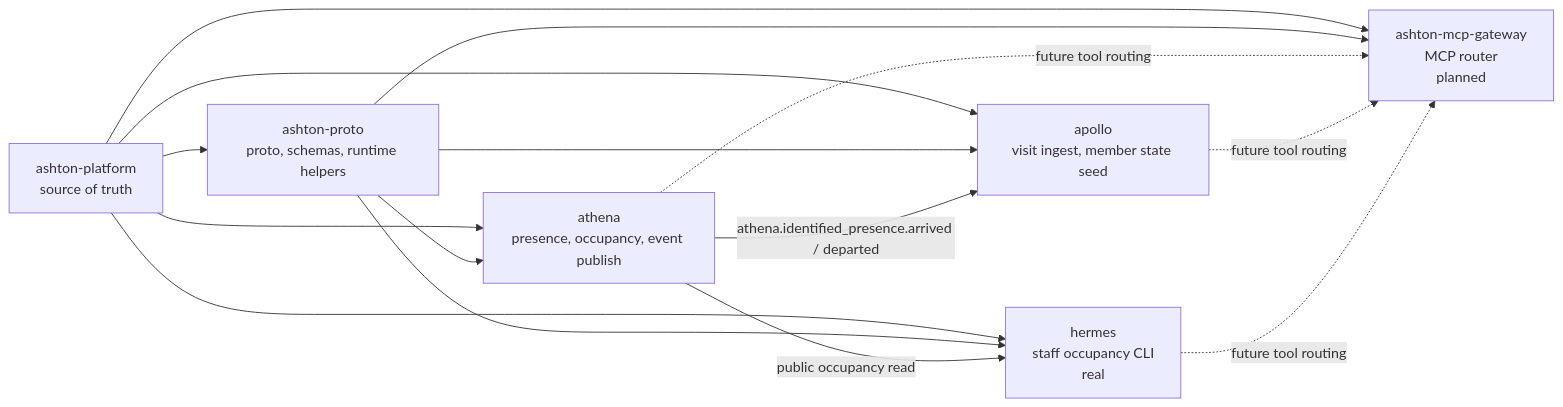
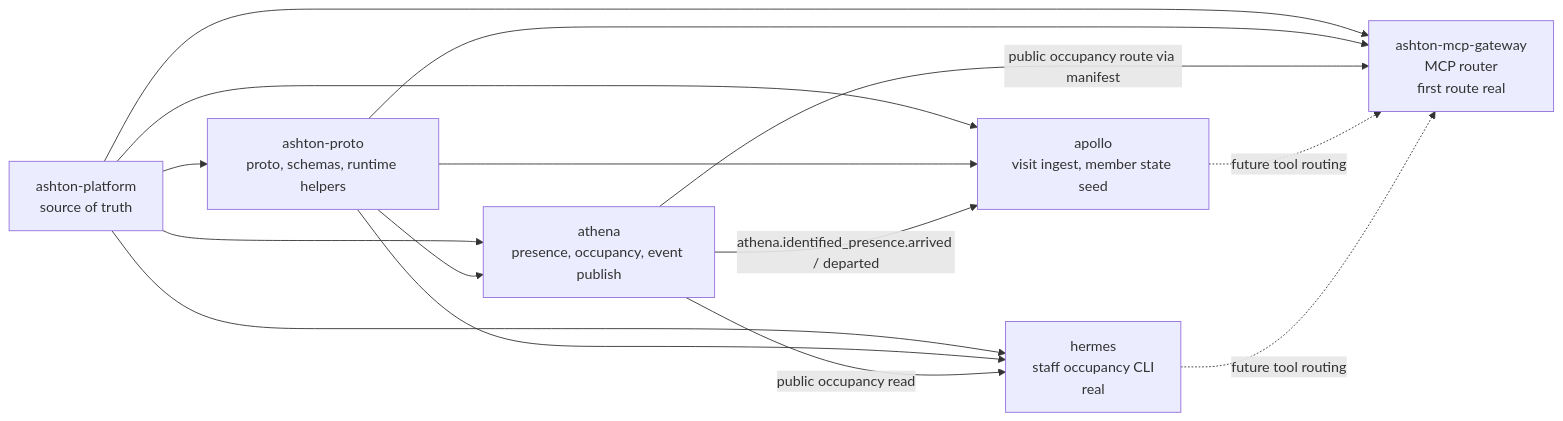
The second of 2 diagrams in README.md (ixxet/ashton-platform), drawn with Mermaid before and after one commit. The commit also changed other lines of this file and 3 other files, not shown here.

````diff
--- a/README.md
+++ b/README.md
@@ -61,26 +62,26 @@
 ```mermaid
 flowchart LR
   platform["ashton-platform<br/>source of truth"]
   proto["ashton-proto<br/>proto, schemas, runtime helpers"]
   athena["athena<br/>presence, occupancy, event publish"]
   apollo["apollo<br/>visit ingest, member state seed"]
   hermes["hermes<br/>staff occupancy CLI<br/>real"]
-  gateway["ashton-mcp-gateway<br/>MCP router<br/>planned"]
+  gateway["ashton-mcp-gateway<br/>MCP router<br/>first route real"]
 
   platform --> proto
   platform --> athena
   platform --> apollo
   platform --> hermes
   platform --> gateway
 
   proto --> athena
   proto --> apollo
   proto --> hermes
   proto --> gateway
 
   athena -- "athena.identified_presence.arrived / departed" --> apollo
   athena -- "public occupancy read" --> hermes
-  athena -. "future tool routing" .-> gateway
+  athena -- "public occupancy route via manifest" --> gateway
   apollo -. "future tool routing" .-> gateway
   hermes -. "future tool routing" .-> gateway
 ```
````
